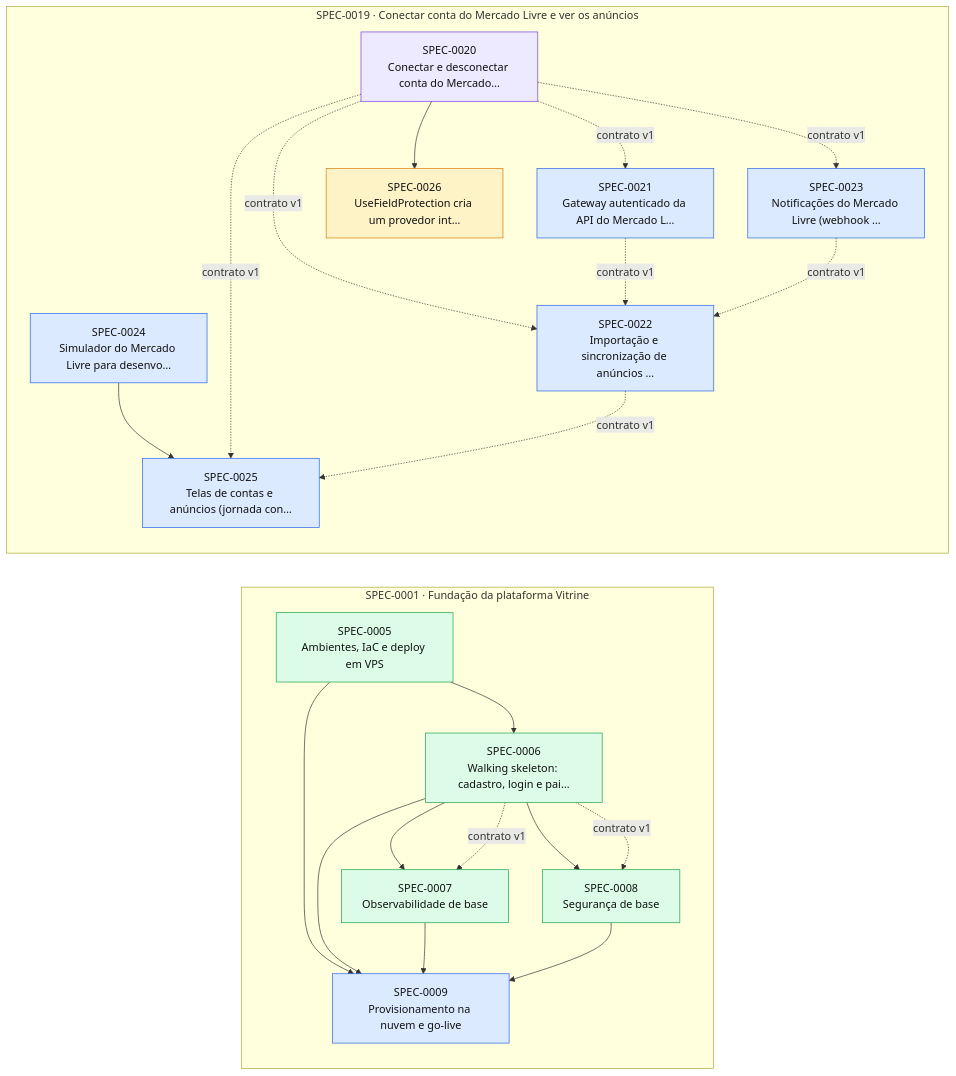
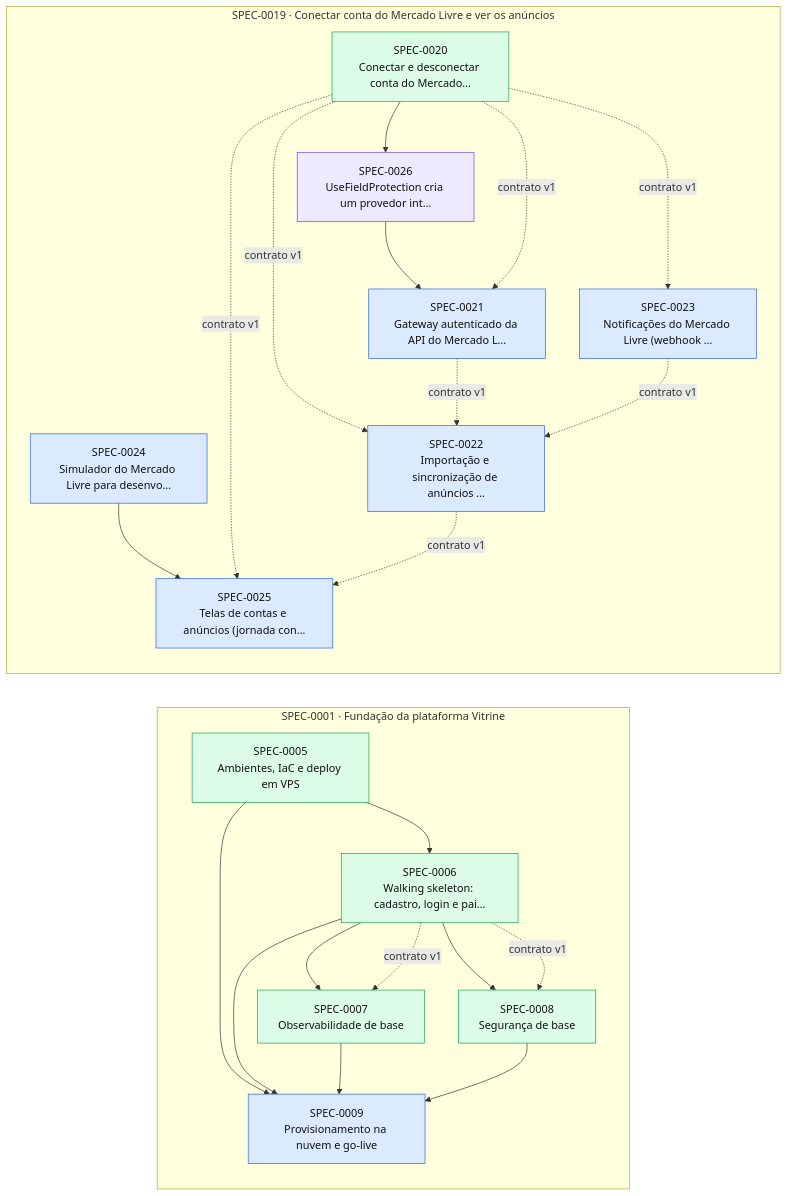
One commit to thomasravache/vitrine changed the diagram in docs/specs/INDEX.md. Above: the diagram before and after it, drawn with Mermaid. The commit also changed other lines of this file and 4 other files, not shown here.

````diff
--- a/docs/specs/INDEX.md
+++ b/docs/specs/INDEX.md
@@ -65,42 +64,43 @@
 ```mermaid
 flowchart LR
   subgraph E0001["SPEC-0001 · Fundação da plataforma Vitrine"]
     S0005["SPEC-0005<br/>Ambientes, IaC e deploy em VPS"]:::implemented
     S0006["SPEC-0006<br/>Walking skeleton: cadastro, login e pai…"]:::implemented
     S0007["SPEC-0007<br/>Observabilidade de base"]:::implemented
     S0008["SPEC-0008<br/>Segurança de base"]:::implemented
     S0009["SPEC-0009<br/>Provisionamento na nuvem e go-live"]:::approved
   end
   subgraph E0019["SPEC-0019 · Conectar conta do Mercado Livre e ver os anúncios"]
-    S0020["SPEC-0020<br/>Conectar e desconectar conta do Mercado…"]:::inprogress
+    S0020["SPEC-0020<br/>Conectar e desconectar conta do Mercado…"]:::implemented
     S0021["SPEC-0021<br/>Gateway autenticado da API do Mercado L…"]:::approved
     S0022["SPEC-0022<br/>Importação e sincronização de anúncios …"]:::approved
     S0023["SPEC-0023<br/>Notificações do Mercado Livre (webhook …"]:::approved
     S0024["SPEC-0024<br/>Simulador do Mercado Livre para desenvo…"]:::approved
     S0025["SPEC-0025<br/>Telas de contas e anúncios (jornada con…"]:::approved
-    S0026["SPEC-0026<br/>UseFieldProtection cria um provedor int…"]:::proposed
+    S0026["SPEC-0026<br/>UseFieldProtection cria um provedor int…"]:::inprogress
   end
   S0005 --> S0006
   S0006 --> S0007
   S0006 -. contrato v1 .-> S0007
   S0006 --> S0008
   S0006 -. contrato v1 .-> S0008
   S0005 --> S0009
   S0006 --> S0009
   S0007 --> S0009
   S0008 --> S0009
+  S0026 --> S0021
   S0020 -. contrato v1 .-> S0021
   S0020 -. contrato v1 .-> S0022
   S0021 -. contrato v1 .-> S0022
   S0023 -. contrato v1 .-> S0022
   S0020 -. contrato v1 .-> S0023
   S0024 --> S0025
   S0020 -. contrato v1 .-> S0025
   S0022 -. contrato v1 .-> S0025
   S0020 --> S0026
   classDef proposed fill:#fef3c7,stroke:#d97706,color:#111
   classDef approved fill:#dbeafe,stroke:#2563eb,color:#111
   classDef inprogress fill:#ede9fe,stroke:#7c3aed,color:#111
   classDef implemented fill:#dcfce7,stroke:#16a34a,color:#111
   classDef deprecated fill:#f3f4f6,stroke:#9ca3af,color:#6b7280
 ```
````
